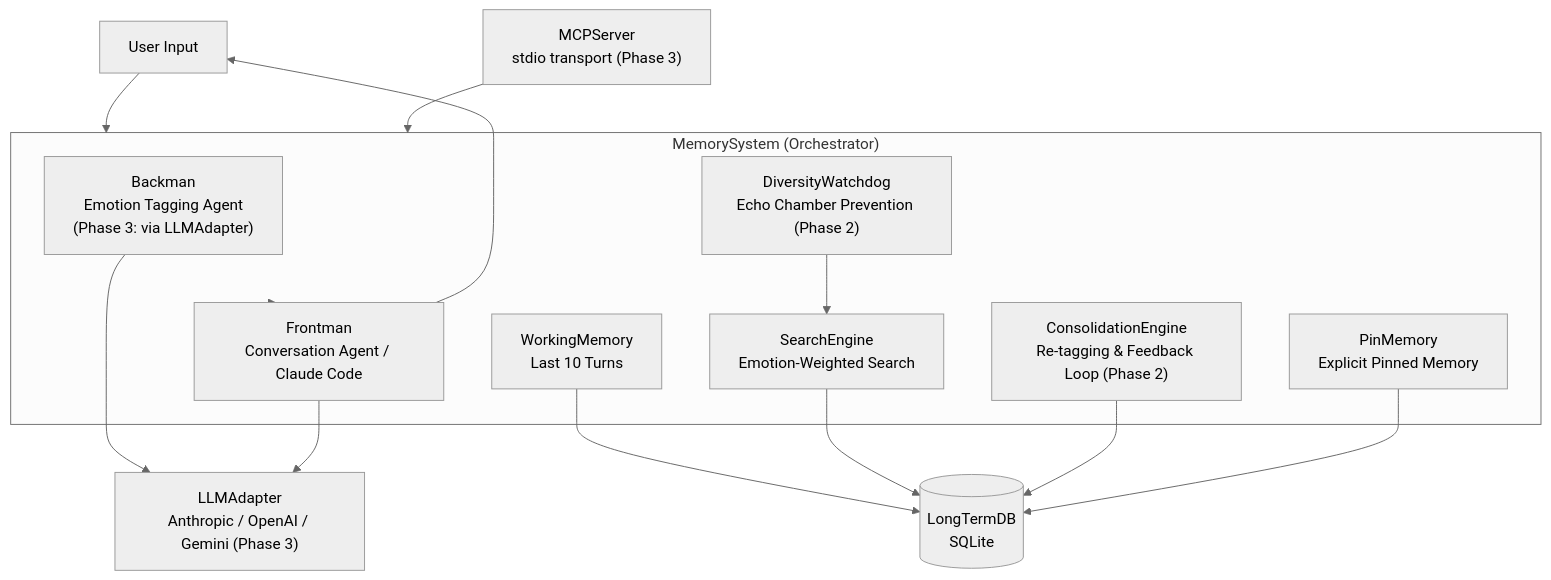
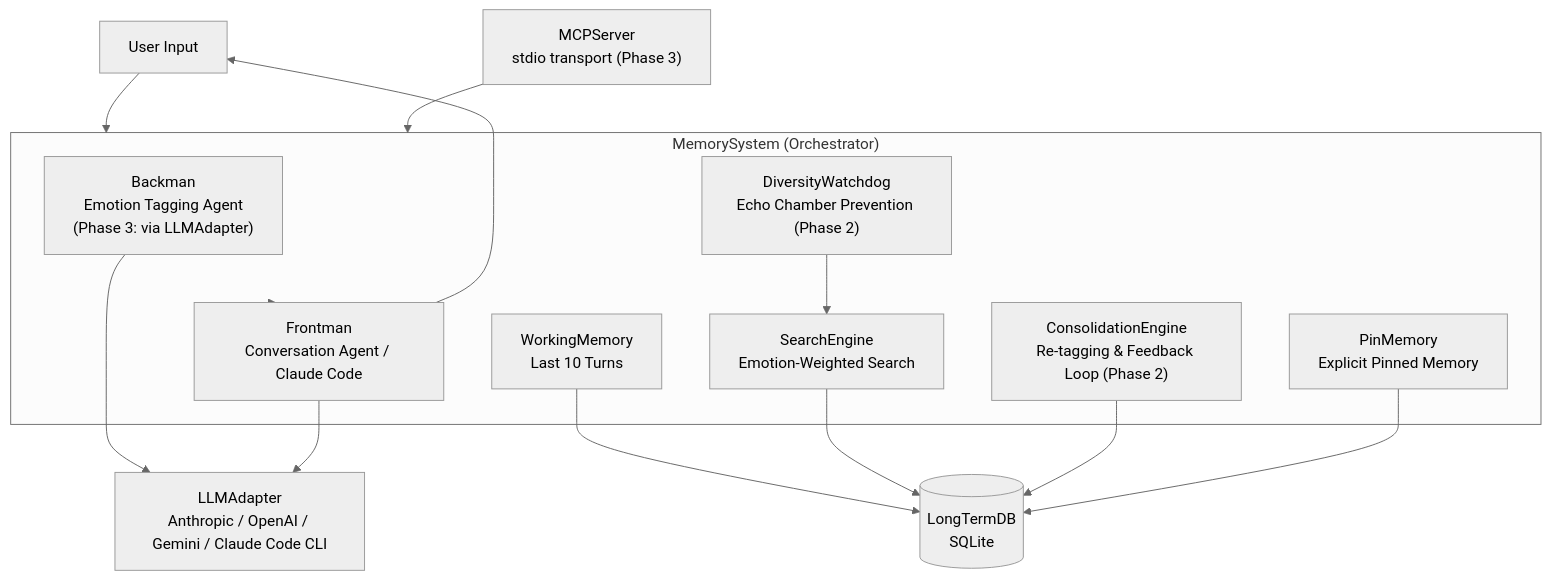
Before and after one commit to NOBI327/amygdala: the diagram in README.md, drawn with Mermaid (neutral theme). The commit also changed other lines of this file and 3 other files, not shown here.

First line of the commit message:
Add Claude Code CLI fallback when ANTHROPIC_API_KEY is unset

````diff
--- a/README.md
+++ b/README.md
@@ -83,30 +83,30 @@
 ```mermaid
 graph TD
     User["User Input"] --> MemorySystem
 
     subgraph MemorySystem["MemorySystem (Orchestrator)"]
         Backman["Backman\nEmotion Tagging Agent\n(Phase 3: via LLMAdapter)"]
         SearchEngine["SearchEngine\nEmotion-Weighted Search"]
         DiversityWatchdog["DiversityWatchdog\nEcho Chamber Prevention (Phase 2)"]
         ConsolidationEngine["ConsolidationEngine\nRe-tagging & Feedback Loop (Phase 2)"]
         WorkingMemory["WorkingMemory\nLast 10 Turns"]
         PinMemory["PinMemory\nExplicit Pinned Memory"]
         Frontman["Frontman\nConversation Agent / Claude Code"]
     end
 
     LongTermDB[("LongTermDB\nSQLite")]
-    LLMAdapter["LLMAdapter\nAnthropic / OpenAI / Gemini (Phase 3)"]
+    LLMAdapter["LLMAdapter\nAnthropic / OpenAI / Gemini / Claude Code CLI"]
     MCPServer["MCPServer\nstdio transport (Phase 3)"]
 
     Backman --> LLMAdapter
     Frontman --> LLMAdapter
     MCPServer --> MemorySystem
     WorkingMemory --> LongTermDB
     SearchEngine --> LongTermDB
     ConsolidationEngine --> LongTermDB
     PinMemory --> LongTermDB
     DiversityWatchdog --> SearchEngine
 
     MemorySystem --> Frontman
     Frontman --> User
 ```
````
